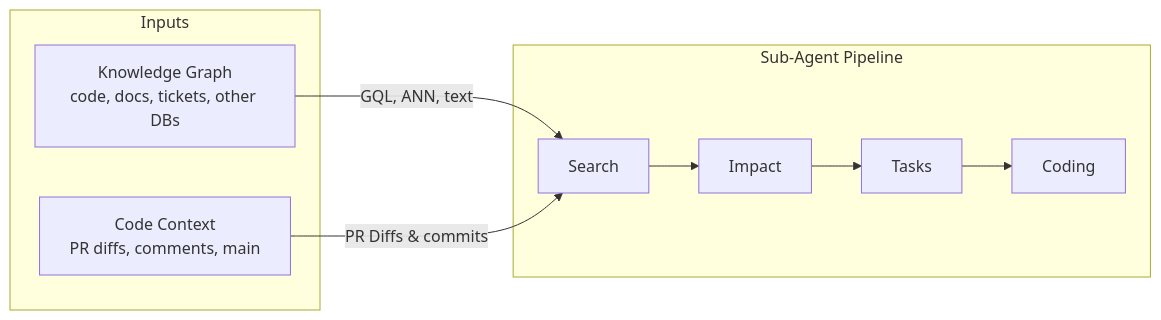
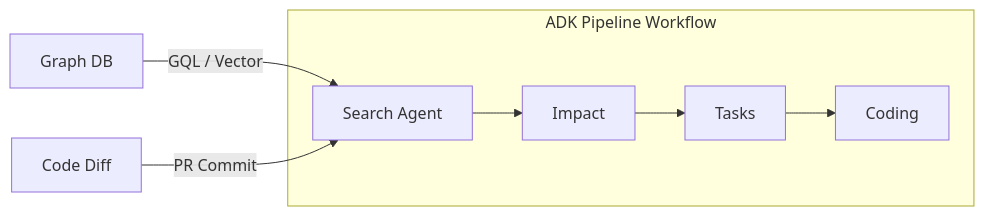
Before and after one commit to sougata143/VibeReview: the first of 4 diagrams in README.md, drawn with Mermaid. The commit also changed other lines of this file, not shown here.

Commit message:
docs: restore developer-agent workflow diagram and align README sections

````diff
--- a/README.md
+++ b/README.md
@@ -49,14 +61,10 @@
 ```mermaid
 graph LR
-    subgraph Inputs
-        KG["Knowledge Graph<br/>code, docs, tickets, other DBs"]
-        CC["Code Context<br/>PR diffs, comments, main"]
+    KG[Graph DB] -->|GQL / Vector| S[Search Agent]
+    CC[Code Diff] -->|PR Commit| S
+    subgraph Pipeline [ADK Pipeline Workflow]
+        S --> I[Impact]
+        I --> T[Tasks]
+        T --> C[Coding]
     end
-    
-    subgraph Sub-Agent Pipeline
-        S[Search] --> I[Impact] --> T[Tasks] --> C[Coding]
-    end
-    
-    KG -->|GQL, ANN, text| S
-    CC -->|PR Diffs & commits| S
 ```
````
